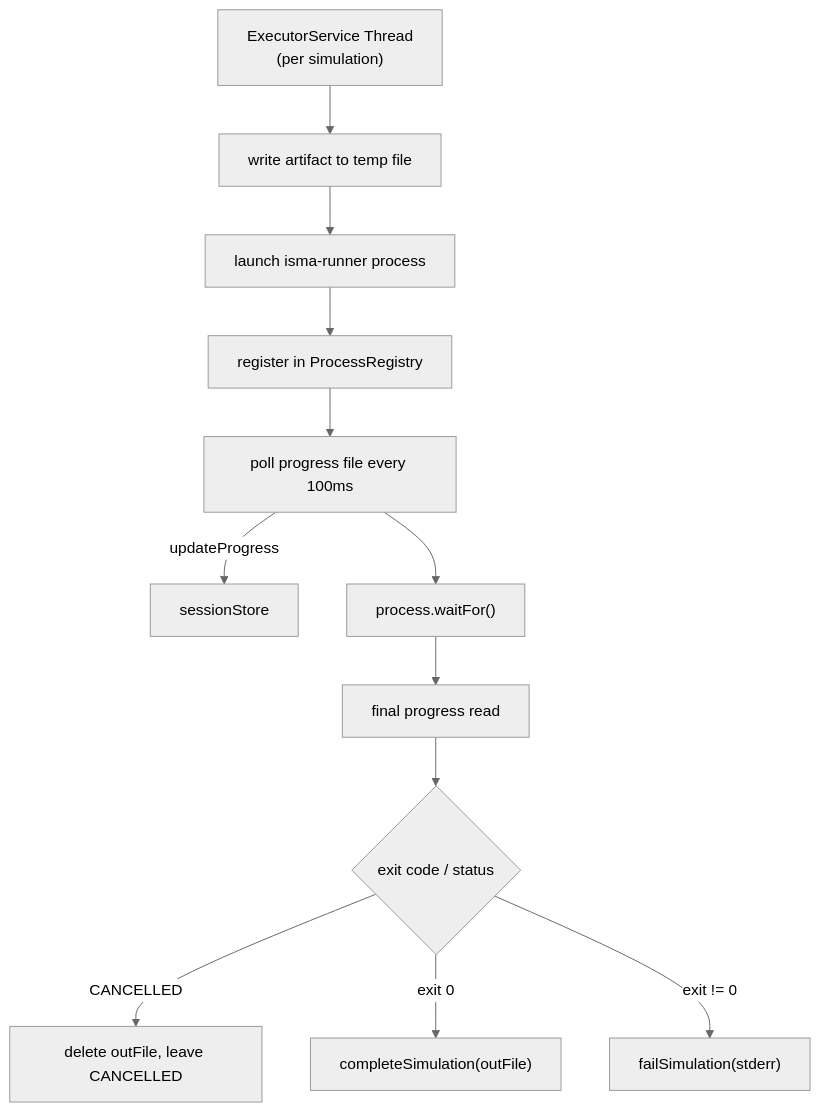
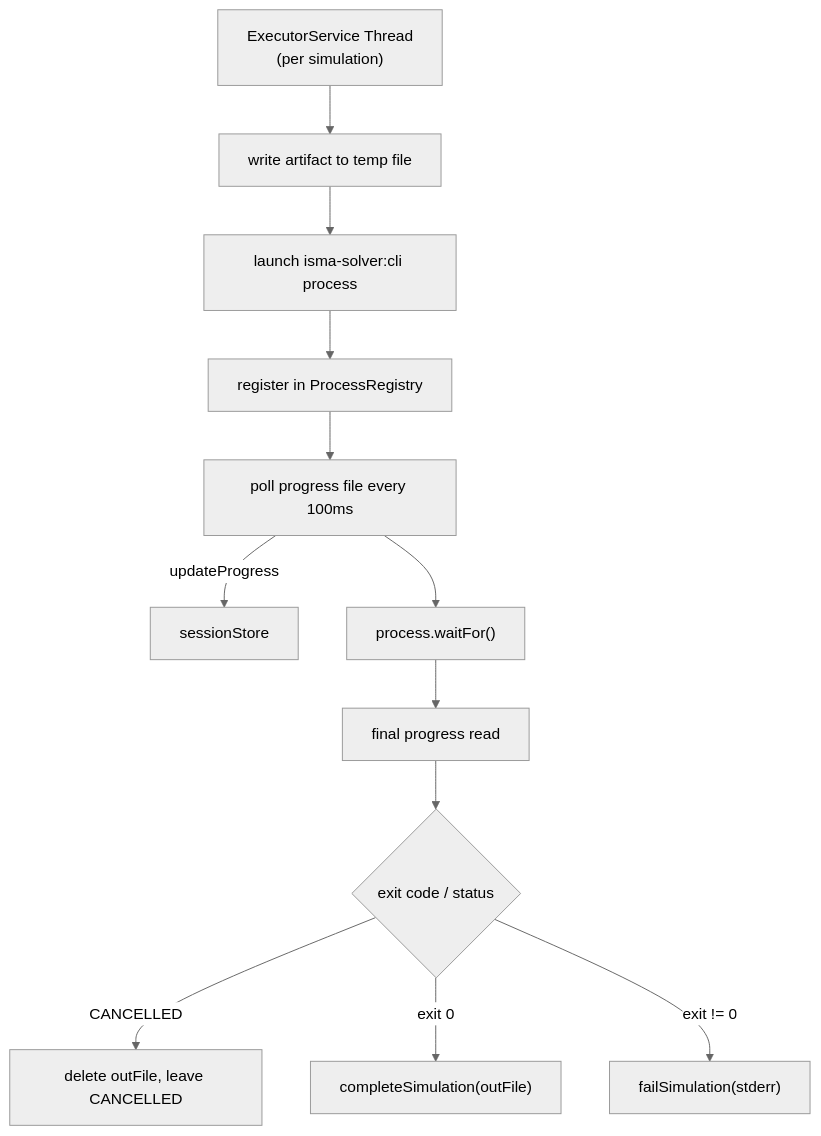
One commit to SmallBossGames/isma changed the second of 2 diagrams in docs/isma-daemon/04-infrastructure-layer.md. Above: the diagram before and after it, drawn with Mermaid (neutral theme). The commit also changed other lines of this file and 32 other files, not shown here.

Commit message:
Compler and runner as CLI

````diff
--- a/docs/isma-daemon/04-infrastructure-layer.md
+++ b/docs/isma-daemon/04-infrastructure-layer.md
@@ -124,14 +125,14 @@
 ```mermaid
 graph TB
     ES["ExecutorService Thread\n(per simulation)"] --> W["write artifact to temp file"]
-    W --> L["launch isma-runner process"]
+    W --> L["launch isma-solver:cli process"]
     L --> R["register in ProcessRegistry"]
     R --> P["poll progress file every 100ms"]
     P -->|"updateProgress"| Store["sessionStore"]
     P --> E["process.waitFor()"]
     E --> FP["final progress read"]
     FP --> C{"exit code / status"}
     C -->|"CANCELLED"| CD["delete outFile, leave CANCELLED"]
     C -->|"exit 0"| CC["completeSimulation(outFile)"]
     C -->|"exit != 0"| CF["failSimulation(stderr)"]
 ```
````
